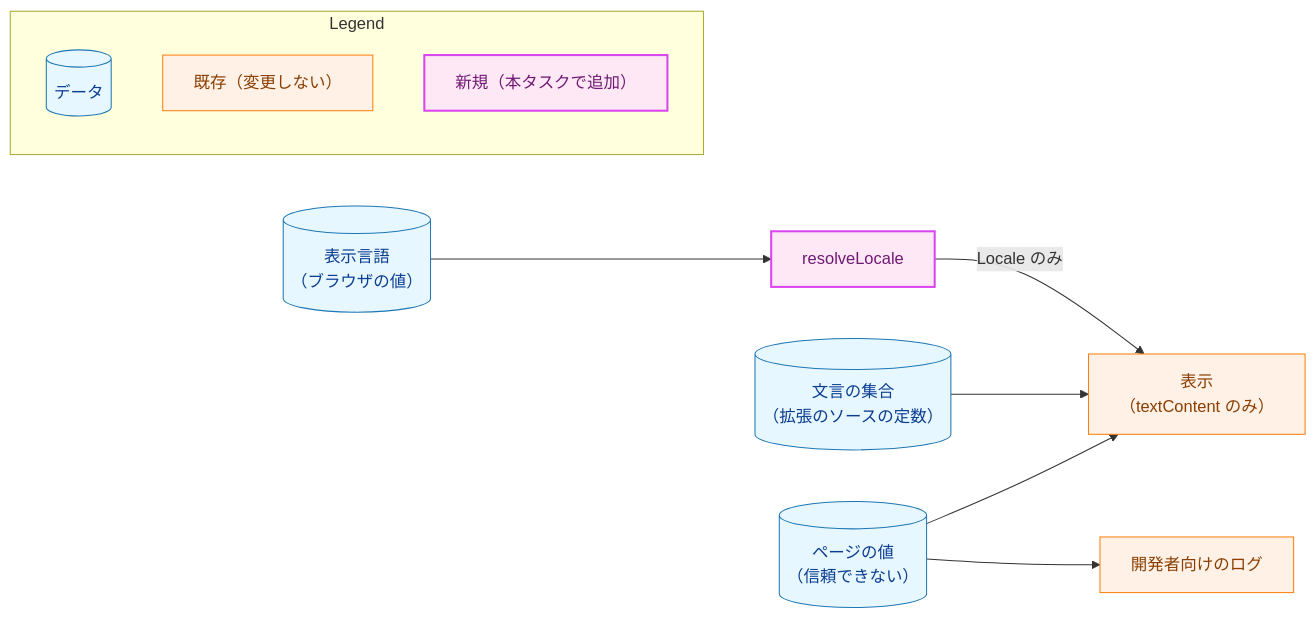
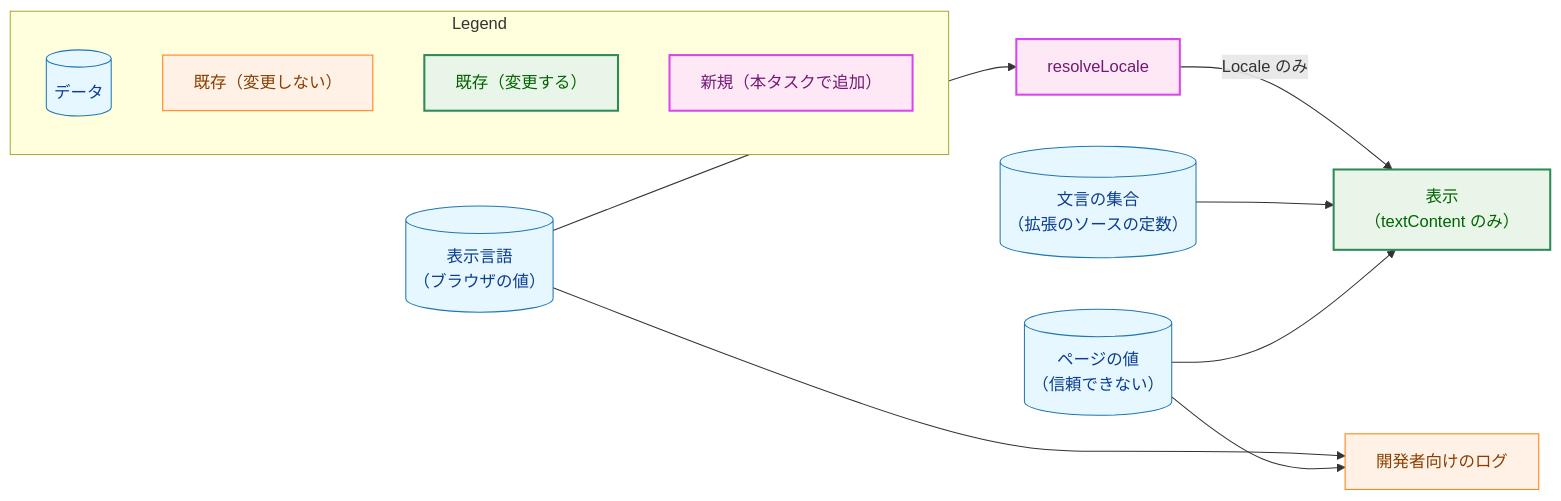
The third of 4 diagrams in docs/tasks/0043_extension_i18n/02_architecture.md (isseis/yt2column), drawn with Mermaid before and after one commit. The commit also changed other lines of this file, not shown here.

First line of the commit message:
docs(0043): address architecture review and Japanese prose findings

````diff
--- a/docs/tasks/0043_extension_i18n/02_architecture.md
+++ b/docs/tasks/0043_extension_i18n/02_architecture.md
@@ -590,33 +662,37 @@
 ```mermaid
 flowchart LR
     classDef data fill:#e6f7ff,stroke:#1f77b4,stroke-width:1px,color:#0b3d91;
     classDef process fill:#fff1e6,stroke:#ff7f0e,stroke-width:1px,color:#8a3e00;
     classDef enhanced fill:#e8f5e8,stroke:#2e8b57,stroke-width:2px,color:#006400;
     classDef newpkg fill:#ffe8f5,stroke:#d946ef,stroke-width:2px,color:#701a75;
 
     UILANG[("表示言語<br>（ブラウザの値）")]
-    PAGE[("ページの値<br>（信頼できない）")]
+    PAGEVAL[("ページの値<br>（信頼できない）")]
     CATALOGS[("文言の集合<br>（拡張のソースの定数）")]
     RESOLVE["resolveLocale"]
     RENDER["表示<br>（textContent のみ）"]
     LOG["開発者向けのログ"]
 
     UILANG --> RESOLVE
+    UILANG --> LOG
     RESOLVE -->|"Locale のみ"| RENDER
     CATALOGS --> RENDER
-    PAGE --> RENDER
-    PAGE --> LOG
+    PAGEVAL --> RENDER
+    PAGEVAL --> LOG
 
-    class UILANG,PAGE,CATALOGS data
-    class RENDER,LOG process
+    class UILANG,PAGEVAL,CATALOGS data
+    class LOG process
+    class RENDER enhanced
     class RESOLVE newpkg
 
     subgraph Legend["Legend"]
         L1[("データ")]
         L2["既存（変更しない）"]
+        L3["既存（変更する）"]
         L4["新規（本タスクで追加）"]
     end
     class L1 data
     class L2 process
+    class L3 enhanced
     class L4 newpkg
 ```
````
